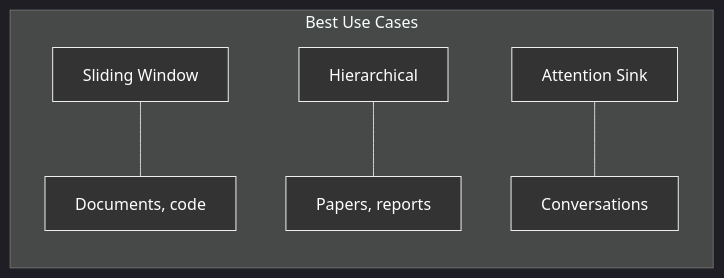
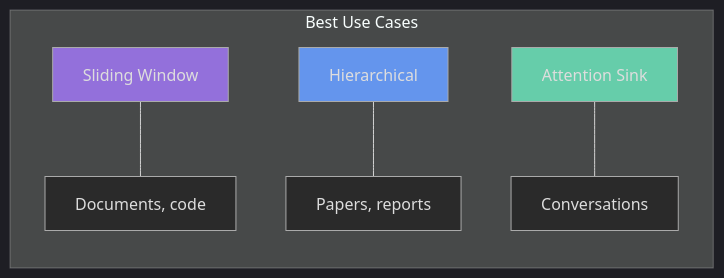
Before and after one commit to mbhatt1/ContextWormhole: the second of 2 diagrams in README.md, drawn with Mermaid.

Commit message:
Add diagram

````diff
--- a/README.md
+++ b/README.md
@@ -248,13 +248,16 @@
 ```mermaid
 %%{init: {'theme': 'dark'}}%%
 graph LR
     
     subgraph "Best Use Cases"
         SW_U[Sliding Window] --- SW_UC[Documents, code]
         HC_U[Hierarchical] --- HC_UC[Papers, reports]
         AS_U[Attention Sink] --- AS_UC[Conversations]
     end
     
+    style SW_U fill:#9370DB,stroke:#aaa,stroke-width:1px
+    style HC_U fill:#6495ED,stroke:#aaa,stroke-width:1px
+    style AS_U fill:#66CDAA,stroke:#aaa,stroke-width:1px
     
-    classDef default fill:#333,stroke:#eee,color:#fff,stroke-width:1px
+    classDef default fill:#2A2A2A,stroke:#aaa,color:#ddd,stroke-width:1px
 ```
````
